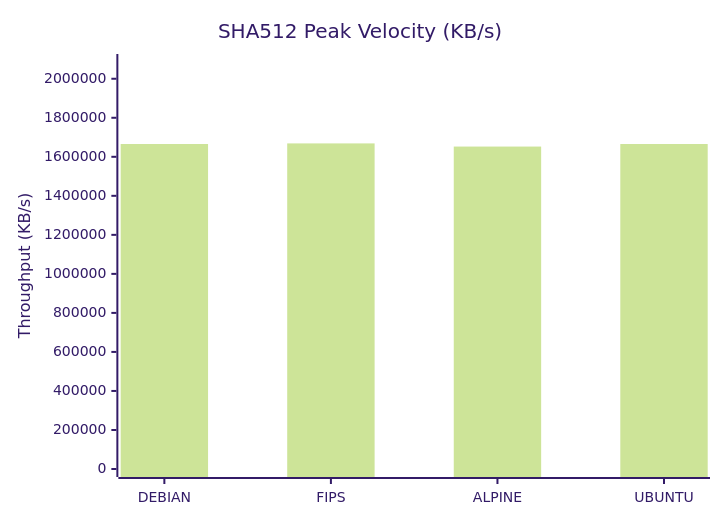
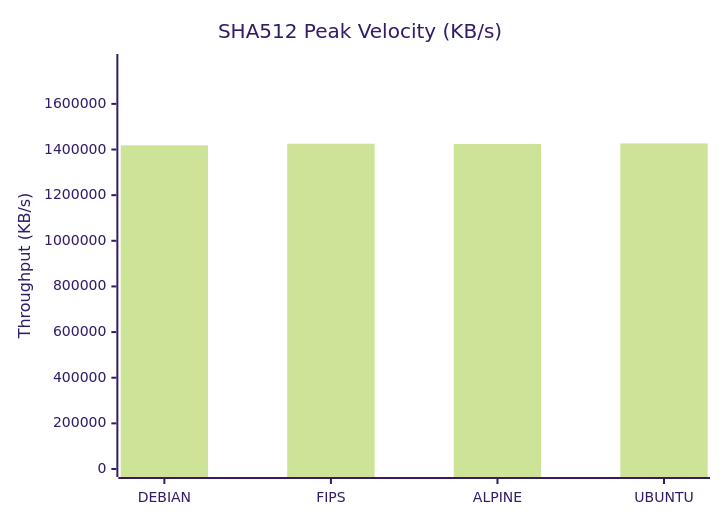
The fourth of 9 diagrams in docs/Comparison_Report.md (taha2samy/openssl_fips), drawn with Mermaid (forest theme) before and after one commit. The commit also changed other lines of this file and 3 other files, not shown here.

````diff
--- a/docs/Comparison_Report.md
+++ b/docs/Comparison_Report.md
@@ -83,7 +83,7 @@
 ```mermaid
 xychart-beta
     title "SHA512 Peak Velocity (KB/s)"
     x-axis [DEBIAN, FIPS, ALPINE, UBUNTU]
-    y-axis "Throughput (KB/s)" 0 --> 2085826
-    bar [1665482.75, 1668661.25, 1652449.28, 1665515.52]
+    y-axis "Throughput (KB/s)" 0 --> 1783480
+    bar [1418518.53, 1425375.23, 1424499.99, 1426784.26]
 ```
````
